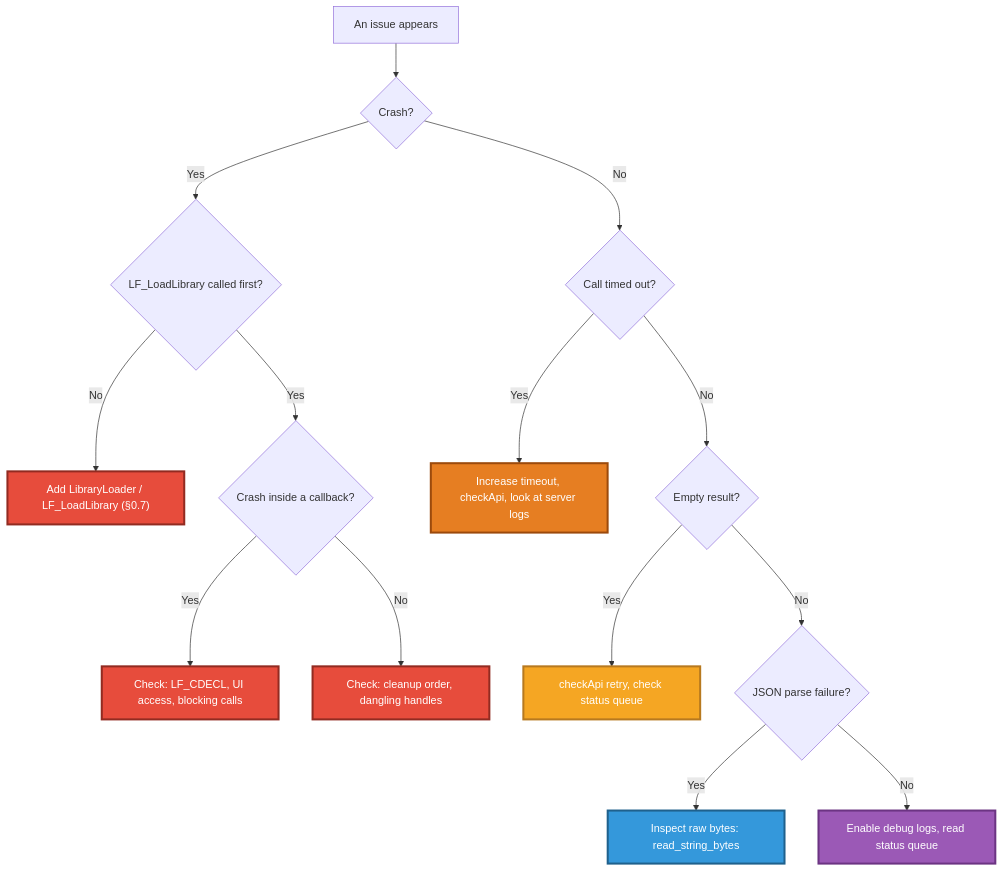
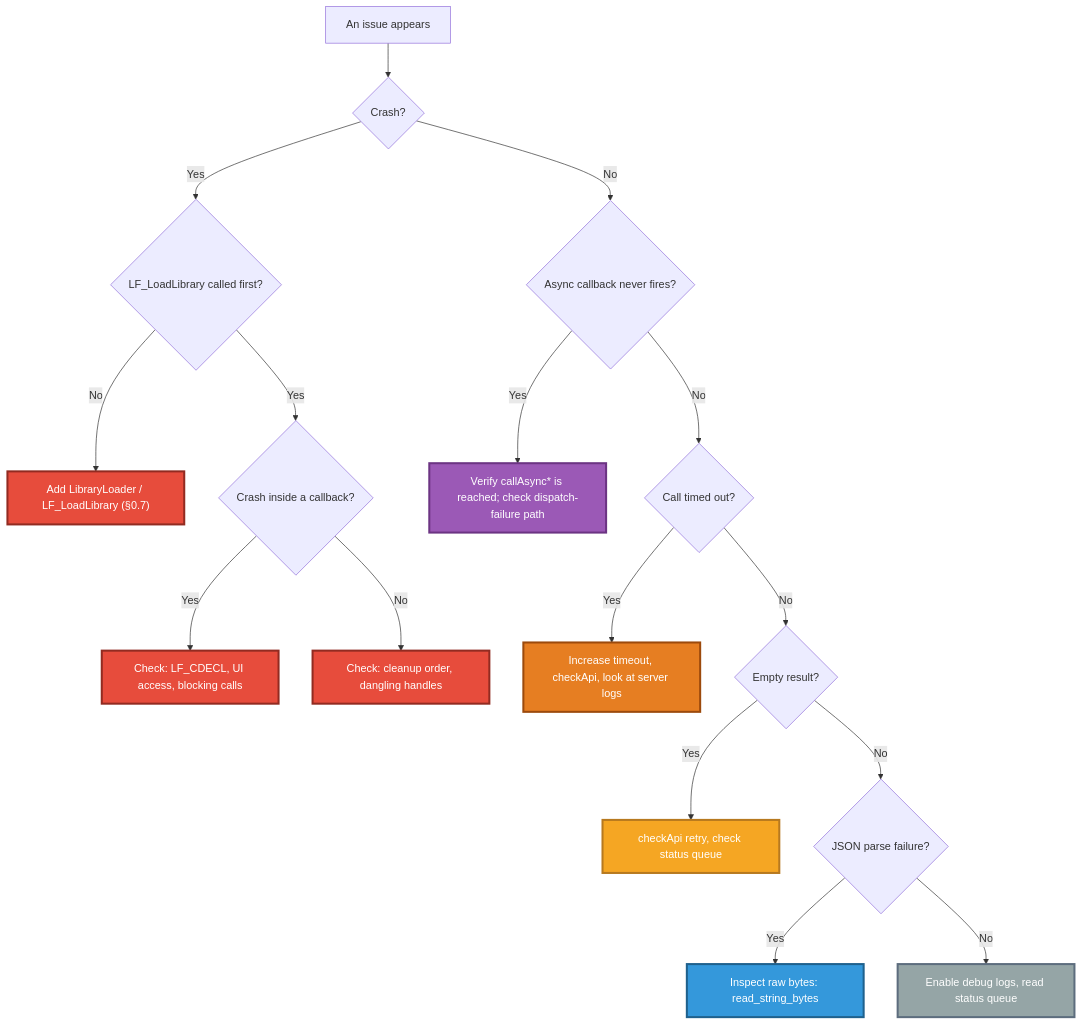
One commit to PassByYou888/LingoFuse changed diagram 26 of 26 in cpp/LingoFuse_Cpp_Knowledge_Base.md. Above: the diagram before and after it, drawn with Mermaid. The commit also changed other lines of this file and 78 other files, not shown here.

````diff
--- a/cpp/LingoFuse_Cpp_Knowledge_Base.md
+++ b/cpp/LingoFuse_Cpp_Knowledge_Base.md
@@ -2913,24 +3521,27 @@
 ```mermaid
 flowchart TD
     Start["An issue appears"] --> Q1{"Crash?"}
     Q1 -- Yes --> Q0{"LF_LoadLibrary called first?"}
     Q0 -- No --> A0["Add LibraryLoader / LF_LoadLibrary (§0.7)"]
     Q0 -- Yes --> Q2{"Crash inside a callback?"}
     Q2 -- Yes --> A1["Check: LF_CDECL, UI access, blocking calls"]
     Q2 -- No --> A2["Check: cleanup order, dangling handles"]
-    Q1 -- No --> Q3{"Call timed out?"}
-    Q3 -- Yes --> A3["Increase timeout, checkApi, look at server logs"]
-    Q3 -- No --> Q4{"Empty result?"}
-    Q4 -- Yes --> A4["checkApi retry, check status queue"]
-    Q4 -- No --> Q5{"JSON parse failure?"}
-    Q5 -- Yes --> A5["Inspect raw bytes: read_string_bytes"]
-    Q5 -- No --> A6["Enable debug logs, read status queue"]
+    Q1 -- No --> Q3{"Async callback never fires?"}
+    Q3 -- Yes --> A3["Verify callAsync* is reached; check dispatch-failure path"]
+    Q3 -- No --> Q4{"Call timed out?"}
+    Q4 -- Yes --> A4["Increase timeout, checkApi, look at server logs"]
+    Q4 -- No --> Q5{"Empty result?"}
+    Q5 -- Yes --> A5["checkApi retry, check status queue"]
+    Q5 -- No --> Q6{"JSON parse failure?"}
+    Q6 -- Yes --> A6["Inspect raw bytes: read_string_bytes"]
+    Q6 -- No --> A7["Enable debug logs, read status queue"]
 
     style A0 fill:#E74C3C,stroke:#922B21,stroke-width:3px,color:#FFFFFF
     style A1 fill:#E74C3C,stroke:#922B21,stroke-width:3px,color:#FFFFFF
     style A2 fill:#E74C3C,stroke:#922B21,stroke-width:3px,color:#FFFFFF
-    style A3 fill:#E67E22,stroke:#9C4A0C,stroke-width:3px,color:#FFFFFF
-    style A4 fill:#F5A623,stroke:#B7791F,stroke-width:3px,color:#FFFFFF
-    style A5 fill:#3498DB,stroke:#1F618D,stroke-width:3px,color:#FFFFFF
-    style A6 fill:#9B59B6,stroke:#6C3483,stroke-width:3px,color:#FFFFFF
+    style A3 fill:#9B59B6,stroke:#6C3483,stroke-width:3px,color:#FFFFFF
+    style A4 fill:#E67E22,stroke:#9C4A0C,stroke-width:3px,color:#FFFFFF
+    style A5 fill:#F5A623,stroke:#B7791F,stroke-width:3px,color:#FFFFFF
+    style A6 fill:#3498DB,stroke:#1F618D,stroke-width:3px,color:#FFFFFF
+    style A7 fill:#95A5A6,stroke:#5D6D7E,stroke-width:3px,color:#FFFFFF
 ```
````
